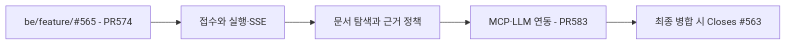
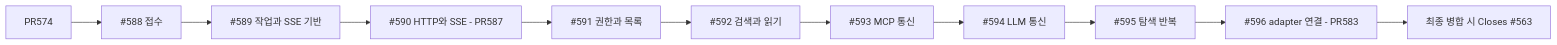
One commit to geongyu09/2026-Knot changed the diagram in docs/implement-plan/563-pr-stack.md. Above: the diagram before and after it, drawn with Mermaid. The commit also changed other lines of this file, not shown here.

````diff
--- a/docs/implement-plan/563-pr-stack.md
+++ b/docs/implement-plan/563-pr-stack.md
@@ -15,7 +21,13 @@
 ```mermaid
 flowchart LR
-    P[be/feature/#565 - PR574] --> A[접수와 실행·SSE]
-    A --> B[문서 탐색과 근거 정책]
-    B --> C[MCP·LLM 연동 - PR583]
-    C --> I[최종 병합 시 Closes #563]
+    P[PR574] --> A[#588 접수]
+    A --> B[#589 작업과 SSE 기반]
+    B --> C[#590 HTTP와 SSE - PR587]
+    C --> D[#591 권한과 목록]
+    D --> E[#592 검색과 읽기]
+    E --> F[#593 MCP 통신]
+    F --> G[#594 LLM 통신]
+    G --> H[#595 탐색 반복]
+    H --> I[#596 adapter 연결 - PR583]
+    I --> J[최종 병합 시 Closes #563]
 ```
````
